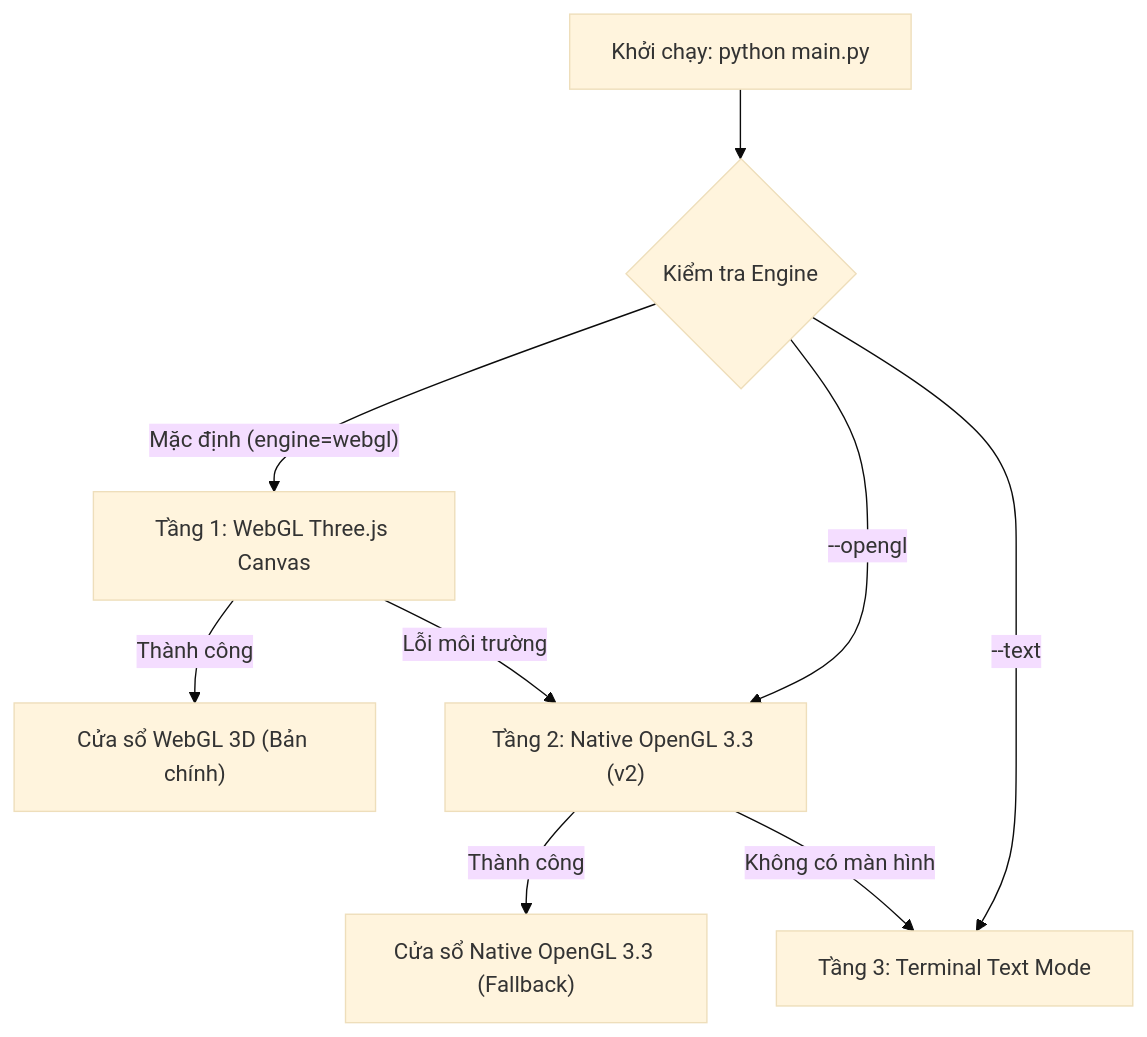
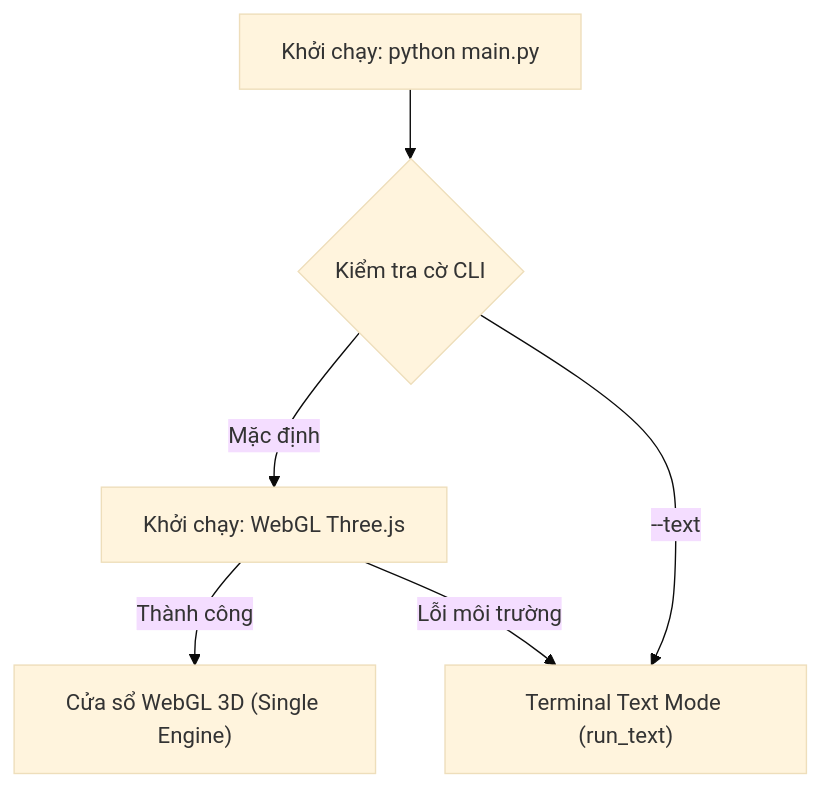
Before and after one commit to AnhKhoaaaa/bloxorz-solver: the diagram in BAO_CAO_SUA_VT4.md, drawn with Mermaid (base theme). The commit also changed other lines of this file and 10 other files, not shown here.

Commit message:
feat(scene): streamline architecture to single engine WebGL Three.js

````diff
--- a/BAO_CAO_SUA_VT4.md
+++ b/BAO_CAO_SUA_VT4.md
@@ -40,11 +40,8 @@
 ```mermaid
 flowchart TD
-    User["Khởi chạy: python main.py"] --> Choice{"Kiểm tra Engine"}
-    Choice -->|"Mặc định (engine=webgl)"| TryWebGL["Tầng 1: WebGL Three.js Canvas"]
-    TryWebGL -->|"Thành công"| WebGLWindow["Cửa sổ WebGL 3D (Bản chính)"]
-    TryWebGL -->|"Lỗi môi trường"| TryGL["Tầng 2: Native OpenGL 3.3 (v2)"]
-    Choice -->|"--opengl"| TryGL
-    TryGL -->|"Thành công"| GLWindow["Cửa sổ Native OpenGL 3.3 (Fallback)"]
-    TryGL -->|"Không có màn hình"| TextMode["Tầng 3: Terminal Text Mode"]
+    User["Khởi chạy: python main.py"] --> Choice{"Kiểm tra cờ CLI"}
+    Choice -->|"Mặc định"| TryWebGL["Khởi chạy: WebGL Three.js"]
+    TryWebGL -->|"Thành công"| WebGLWindow["Cửa sổ WebGL 3D (Single Engine)"]
+    TryWebGL -->|"Lỗi môi trường"| TextMode["Terminal Text Mode (run_text)"]
     Choice -->|"--text"| TextMode
 ```
````
